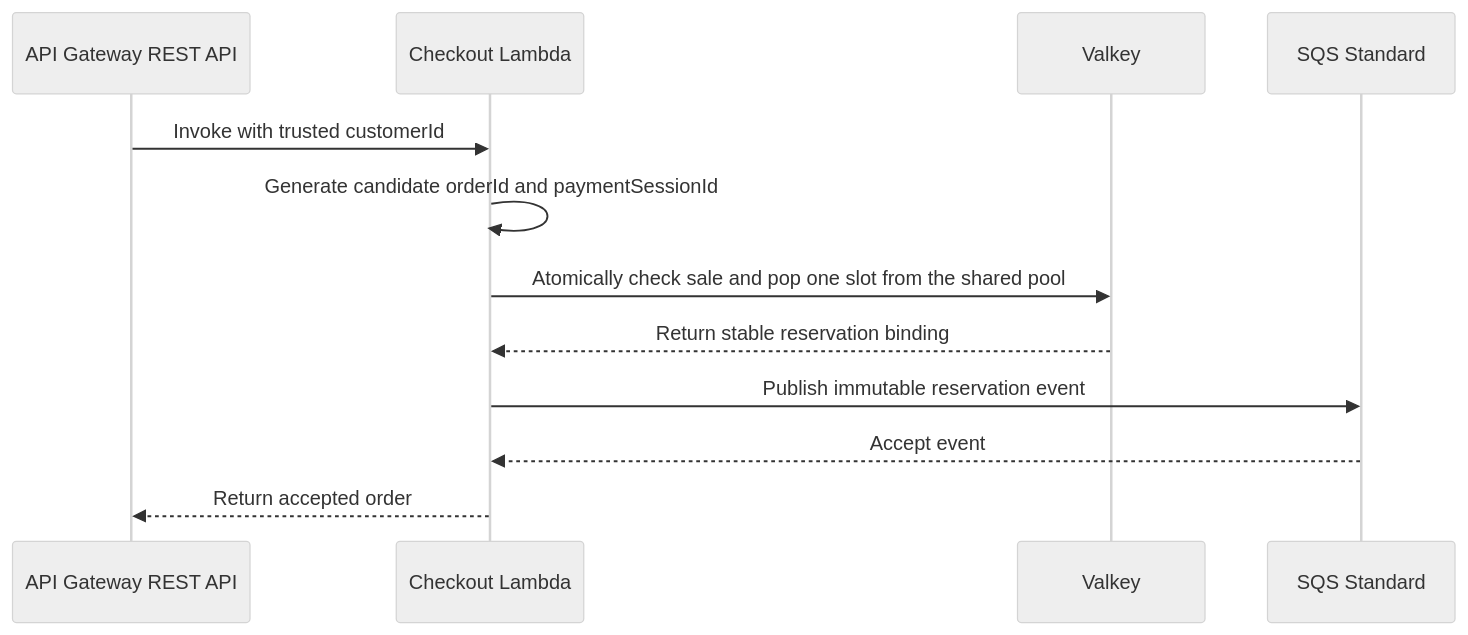
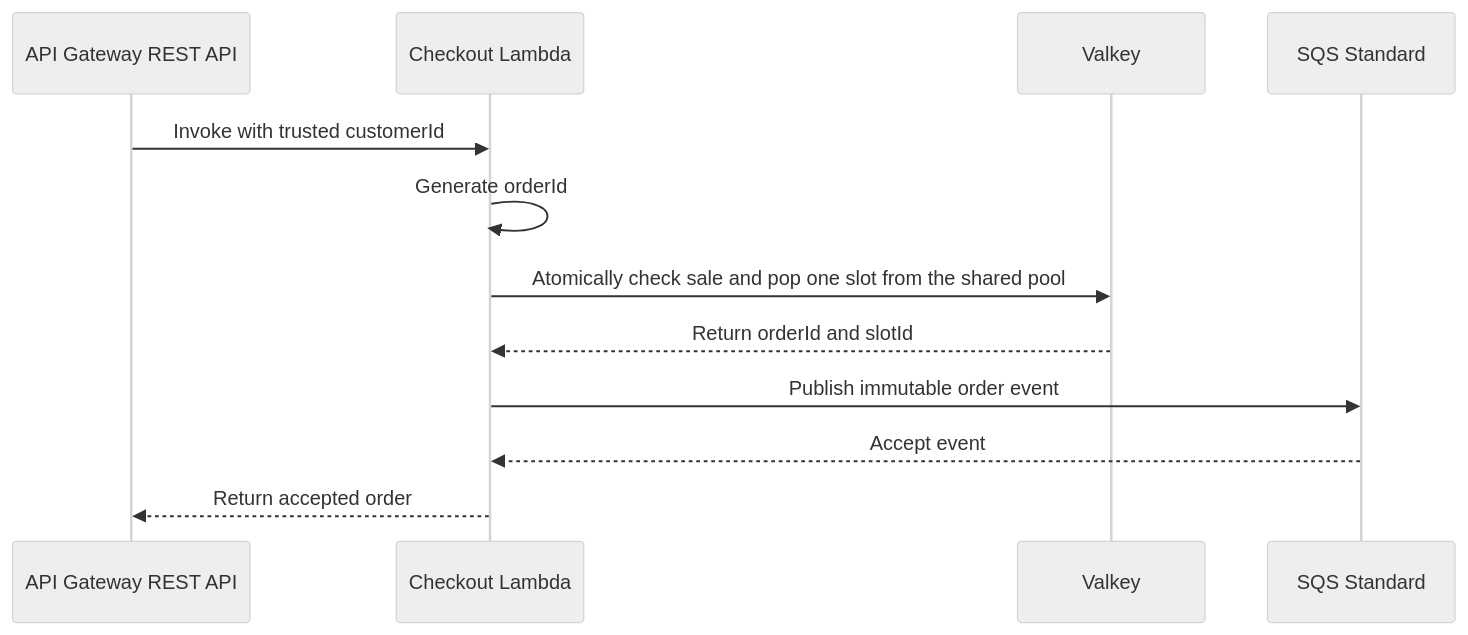
One commit to rantingmong/bookipi-test changed the first of 2 diagrams in docs/checkout.md. Above: the diagram before and after it, drawn with Mermaid (neutral theme). The commit also changed other lines of this file and 47 other files, not shown here.

````diff
--- a/docs/checkout.md
+++ b/docs/checkout.md
@@ -11,14 +11,14 @@
 ```mermaid
 sequenceDiagram
     participant A as API Gateway REST API
     participant L as Checkout Lambda
     participant V as Valkey
     participant Q as SQS Standard
     A->>L: Invoke with trusted customerId
-    L->>L: Generate candidate orderId and paymentSessionId
+    L->>L: Generate orderId
     L->>V: Atomically check sale and pop one slot from the shared pool
-    V-->>L: Return stable reservation binding
-    L->>Q: Publish immutable reservation event
+    V-->>L: Return orderId and slotId
+    L->>Q: Publish immutable order event
     Q-->>L: Accept event
     L-->>A: Return accepted order
 ```
````
